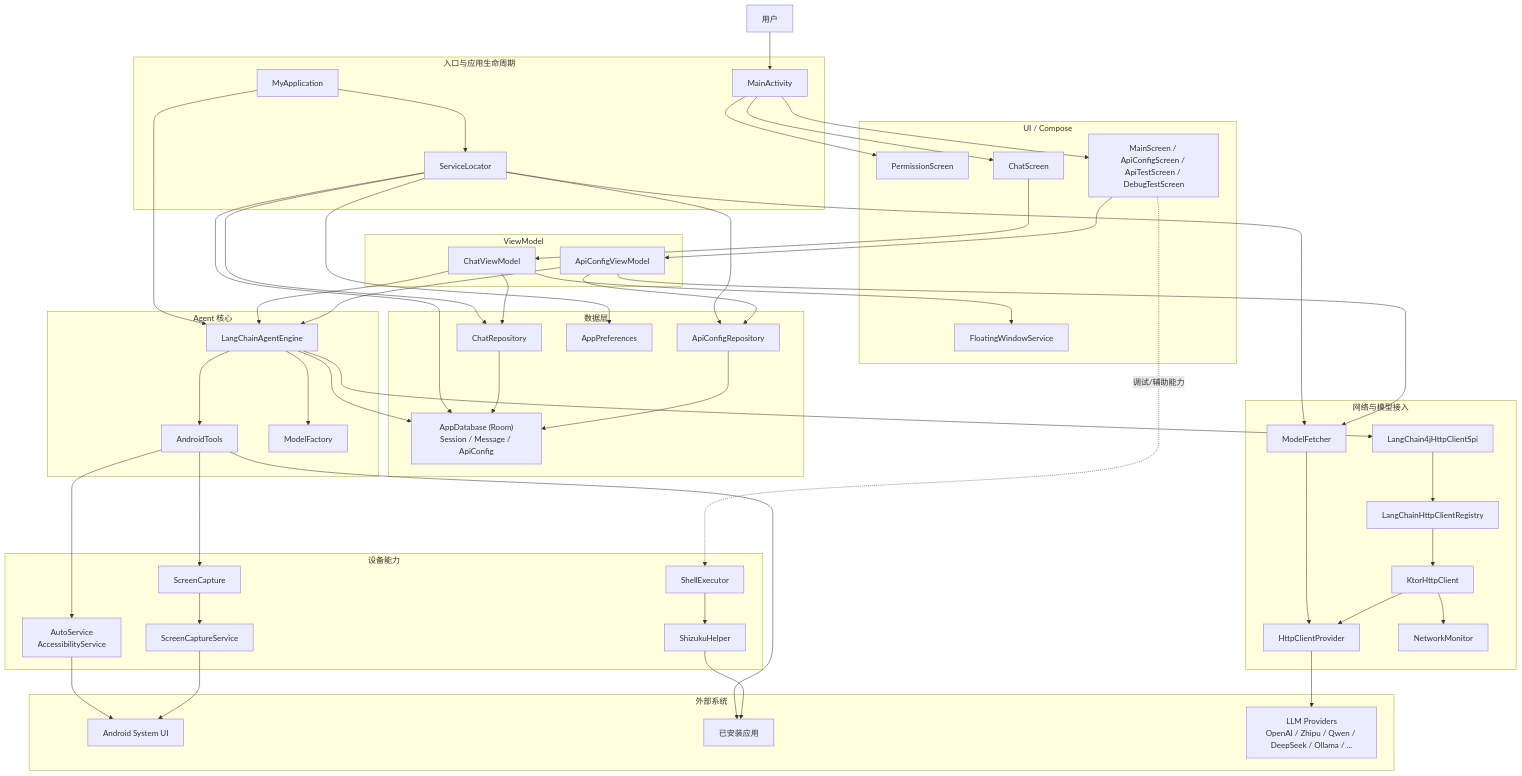
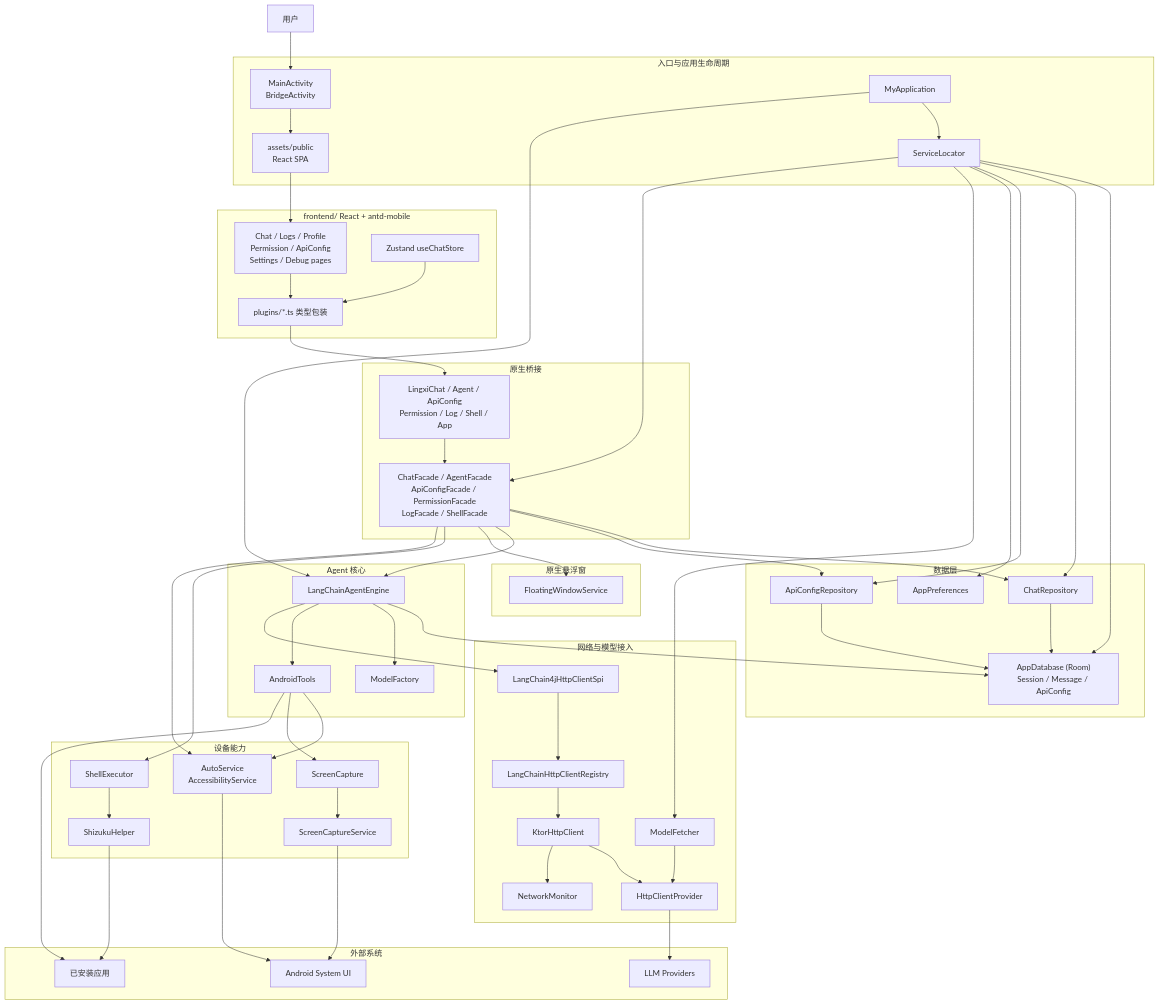
The first of 2 diagrams in docs/project-architecture.md (z-ph/MyApplication), drawn with Mermaid before and after one commit. The commit also changed other lines of this file and 3 other files, not shown here.

First line of the commit message:
docs: update architecture for React H5 shell

````diff
--- a/docs/project-architecture.md
+++ b/docs/project-architecture.md
@@ -9,21 +12,25 @@
     User["用户"]
 
     subgraph Entry["入口与应用生命周期"]
-        MainActivity["MainActivity"]
+        MainActivity["MainActivity\nBridgeActivity"]
         MyApplication["MyApplication"]
         ServiceLocator["ServiceLocator"]
+        H5["assets/public\nReact SPA"]
     end
 
-    subgraph UI["UI / Compose"]
-        PermissionScreen["PermissionScreen"]
-        ChatScreen["ChatScreen"]
-        SettingsScreens["MainScreen / ApiConfigScreen / ApiTestScreen / DebugTestScreen"]
-        FloatingWindow["FloatingWindowService"]
+    subgraph Frontend["frontend/ React + antd-mobile"]
+        Pages["Chat / Logs / Profile\nPermission / ApiConfig\nSettings / Debug pages"]
+        PluginsTS["plugins/*.ts 类型包装"]
+        Stores["Zustand useChatStore"]
     end
 
-    subgraph VM["ViewModel"]
-        ChatVM["ChatViewModel"]
-        ApiConfigVM["ApiConfigViewModel"]
+    subgraph Bridge["原生桥接"]
+        CapPlugins["LingxiChat / Agent / ApiConfig\nPermission / Log / Shell / App"]
+        Facades["ChatFacade / AgentFacade\nApiConfigFacade / PermissionFacade\nLogFacade / ShellFacade"]
+    end
+
+    subgraph Overlay["原生悬浮窗"]
+        FloatingWindow["FloatingWindowService"]
     end
 
     subgraph Data["数据层"]
@@ -59,10 +66,16 @@
     subgraph External["外部系统"]
         AndroidSystem["Android System UI"]
         OtherApps["已安装应用"]
-        Providers["LLM Providers\nOpenAI / Zhipu / Qwen / DeepSeek / Ollama / ..."]
+        Providers["LLM Providers"]
     end
 
     User --> MainActivity
+    MainActivity --> H5
+    H5 --> Pages
+    Pages --> PluginsTS
+    PluginsTS --> CapPlugins
+    CapPlugins --> Facades
+
     MyApplication --> ServiceLocator
     MyApplication --> AgentEngine
     ServiceLocator --> Room
@@ -70,24 +83,18 @@
     ServiceLocator --> ApiConfigRepo
     ServiceLocator --> Prefs
     ServiceLocator --> ModelFetcher
+    ServiceLocator --> Facades
 
-    MainActivity --> PermissionScreen
-    MainActivity --> ChatScreen
-    MainActivity --> SettingsScreens
+    Facades --> ChatRepo
+    Facades --> ApiConfigRepo
+    Facades --> AgentEngine
+    Facades --> FloatingWindow
+    Facades --> ShellExecutor
+    Facades --> AutoService
 
-    ChatScreen --> ChatVM
-    SettingsScreens --> ApiConfigVM
-    ChatVM --> FloatingWindow
+    ChatRepo --> Room
+    ApiConfigRepo --> Room
 
-    ChatVM --> ChatRepo
-    ChatRepo --> Room
-
-    ApiConfigVM --> ApiConfigRepo
-    ApiConfigRepo --> Room
-    ApiConfigVM --> ModelFetcher
-
-    ChatVM --> AgentEngine
-    ApiConfigVM --> AgentEngine
     AgentEngine --> Room
     AgentEngine --> ModelFactory
     AgentEngine --> Tools
@@ -101,7 +108,6 @@
 
     ShellExecutor --> Shizuku
     Shizuku --> OtherApps
-    SettingsScreens -. 调试/辅助能力 .-> ShellExecutor
 
     ModelFetcher --> HttpProvider
     AgentEngine --> LangChainSpi
@@ -110,4 +116,6 @@
     KtorTransport --> HttpProvider
     KtorTransport --> NetworkMonitor
     HttpProvider --> Providers
+
+    Stores --> PluginsTS
 ```
````
